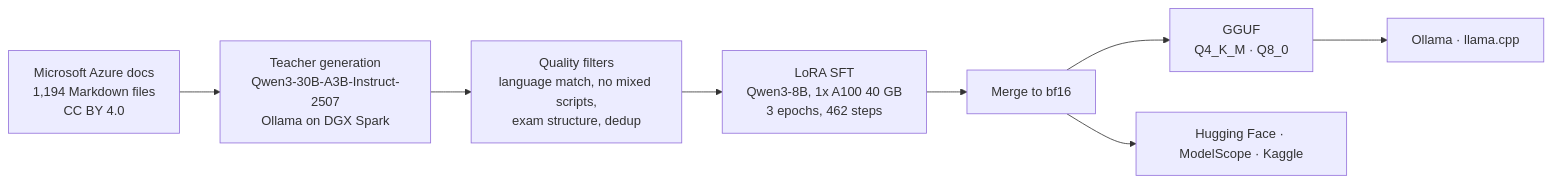
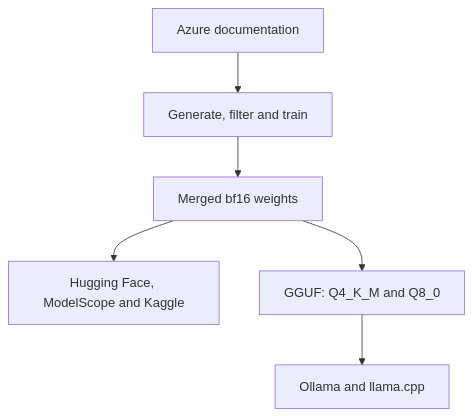
One commit to qaztech-platform/qaztech-az104 changed the diagram in README.md. Above: the diagram before and after it, drawn with Mermaid. The commit also changed other lines of this file and 2 other files, not shown here.

````diff
--- a/README.md
+++ b/README.md
@@ -50,10 +76,8 @@
 ```mermaid
-flowchart LR
-    A["Microsoft Azure docs<br/>1,194 Markdown files<br/>CC BY 4.0"] --> B["Teacher generation<br/>Qwen3-30B-A3B-Instruct-2507<br/>Ollama on DGX Spark"]
-    B --> C["Quality filters<br/>language match, no mixed scripts,<br/>exam structure, dedup"]
-    C --> D["LoRA SFT<br/>Qwen3-8B, 1x A100 40 GB<br/>3 epochs, 462 steps"]
-    D --> E["Merge to bf16"]
-    E --> F["GGUF<br/>Q4_K_M · Q8_0"]
-    E --> G["Hugging Face · ModelScope · Kaggle"]
-    F --> H["Ollama · llama.cpp"]
+flowchart TB
+    A["Azure documentation"] --> B["Generate, filter and train"]
+    B --> C["Merged bf16 weights"]
+    C --> D["Hugging Face, ModelScope and Kaggle"]
+    C --> E["GGUF: Q4_K_M and Q8_0"]
+    E --> F["Ollama and llama.cpp"]
 ```
````
